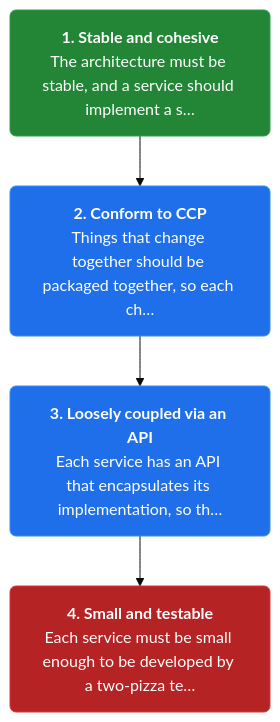
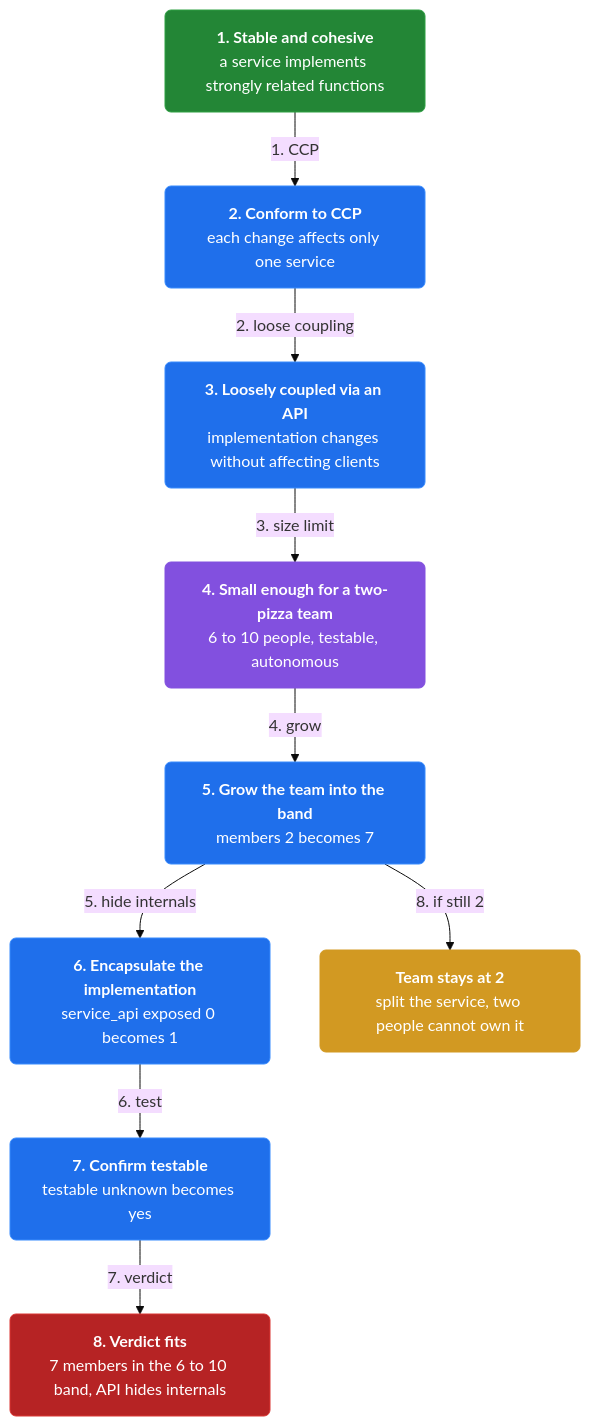
The third of 4 diagrams in docs/ch03-decompose-by-business-capability.md (vinayakuber/microservices-io-study-guide), drawn with Mermaid (base theme) before and after one commit. The commit also changed other lines of this file and 46 other files, not shown here.

First line of the commit message:
Author rich branching flow diagrams for all 44 chapters

````diff
--- a/docs/ch03-decompose-by-business-capability.md
+++ b/docs/ch03-decompose-by-business-capability.md
@@ -97,13 +115,25 @@
 ```mermaid
 flowchart TD
-  classDef step fill:#1f6feb,color:#ffffff,stroke:#388bfd,stroke-width:1px,rx:6
+  classDef step fill:#1f6feb,color:#ffffff,stroke:#388bfd,rx:6
+  classDef core fill:#8250df,color:#ffffff,stroke:#8250df,rx:6
+  classDef warn fill:#d29922,color:#ffffff,stroke:#d29922,rx:6
   classDef start fill:#238636,color:#ffffff,stroke:#2ea043,rx:6
   classDef stop fill:#b62324,color:#ffffff,stroke:#da3633,rx:6
-  s2n0["<b>1. Stable and cohesive</b><br/>The architecture must be stable, and a service should implement a s…"]:::start
-  s2n1["<b>2. Conform to CCP</b><br/>Things that change together should be packaged together, so each ch…"]:::step
-  s2n2["<b>3. Loosely coupled via an API</b><br/>Each service has an API that encapsulates its implementation, so th…"]:::step
-  s2n3["<b>4. Small and testable</b><br/>Each service must be small enough to be developed by a two-pizza te…"]:::stop
-  s2n0 --> s2n1
-  s2n1 --> s2n2
-  s2n2 --> s2n3
+  n0["<b>1. Stable and cohesive</b><br/>a service implements strongly related functions"]:::start
+  n1["<b>2. Conform to CCP</b><br/>each change affects only one service"]:::step
+  n2["<b>3. Loosely coupled via an API</b><br/>implementation changes without affecting clients"]:::step
+  n3["<b>4. Small enough for a two-pizza team</b><br/>6 to 10 people, testable, autonomous"]:::core
+  n4["<b>5. Grow the team into the band</b><br/>members 2 becomes 7"]:::step
+  n5["<b>6. Encapsulate the implementation</b><br/>service_api exposed 0 becomes 1"]:::step
+  n6["<b>7. Confirm testable</b><br/>testable unknown becomes yes"]:::step
+  n7["<b>8. Verdict fits</b><br/>7 members in the 6 to 10 band, API hides internals"]:::stop
+  n8["<b>Team stays at 2</b><br/>split the service, two people cannot own it"]:::warn
+  n0 -->|"1. CCP"| n1
+  n1 -->|"2. loose coupling"| n2
+  n2 -->|"3. size limit"| n3
+  n3 -->|"4. grow"| n4
+  n4 -->|"5. hide internals"| n5
+  n5 -->|"6. test"| n6
+  n6 -->|"7. verdict"| n7
+  n4 -->|"8. if still 2"| n8
 ```
````
